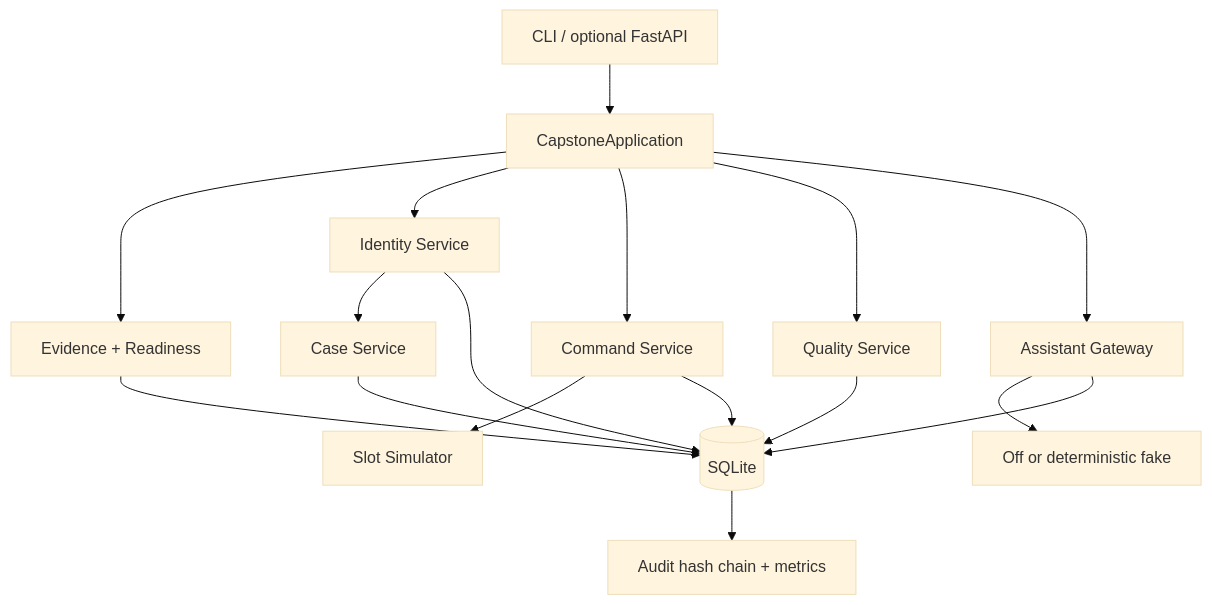
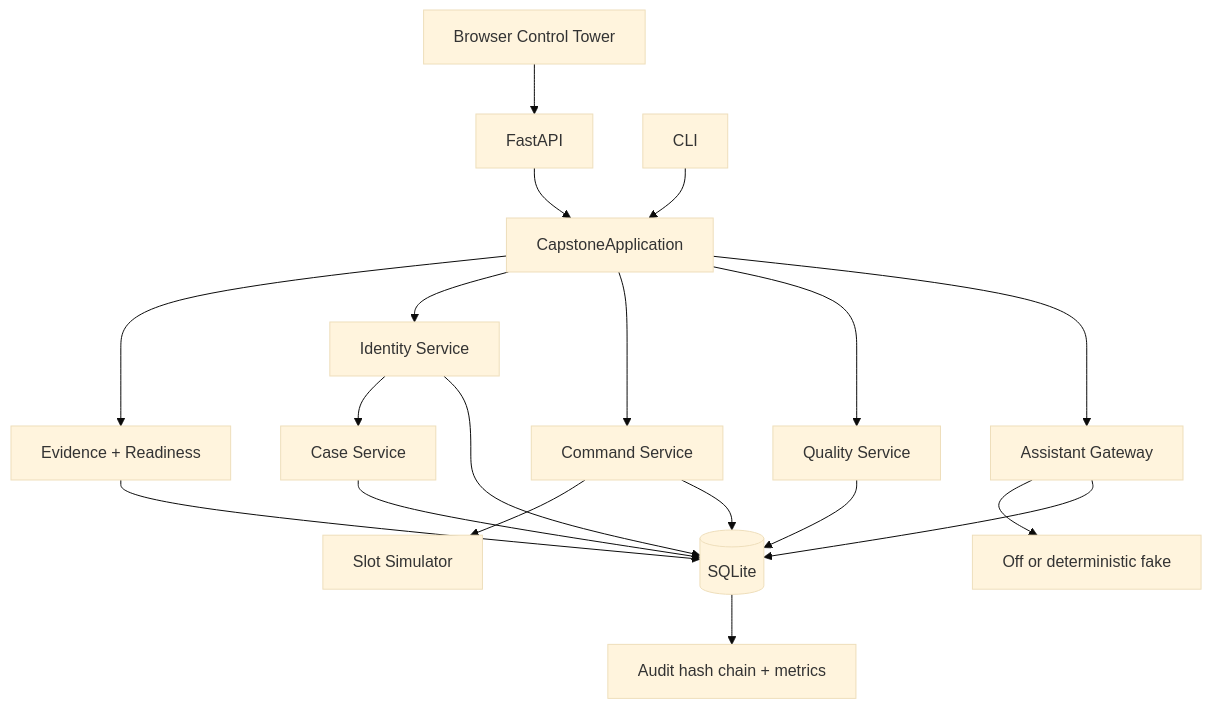
One commit to 86sunbot/FDE-Final-Capstone changed the diagram in stage_14/05_AS_BUILT_ARCHITECTURE.md. Above: the diagram before and after it, drawn with Mermaid (base theme). The commit also changed 32 other files, not shown here.

Commit message:
Add interactive CGT Control Tower demo

````diff
--- a/stage_14/05_AS_BUILT_ARCHITECTURE.md
+++ b/stage_14/05_AS_BUILT_ARCHITECTURE.md
@@ -3,19 +3,21 @@
 ```mermaid
 flowchart TD
-  CLI[CLI / optional FastAPI] --> APP[CapstoneApplication]
+  WEB[Browser Control Tower] --> API[FastAPI]
+  CLI[CLI] --> APP[CapstoneApplication]
+  API --> APP
   APP --> EV[Evidence + Readiness]
   APP --> ID[Identity Service]
   APP --> CMD[Command Service]
   APP --> Q[Quality Service]
   APP --> AI[Assistant Gateway]
   ID --> CASE[Case Service]
   CMD --> SIM[Slot Simulator]
   AI --> FAKE[Off or deterministic fake]
   EV --> DB[(SQLite)]
   ID --> DB
   CMD --> DB
   Q --> DB
   AI --> DB
   CASE --> DB
   DB --> AUD[Audit hash chain + metrics]
 ```
````
